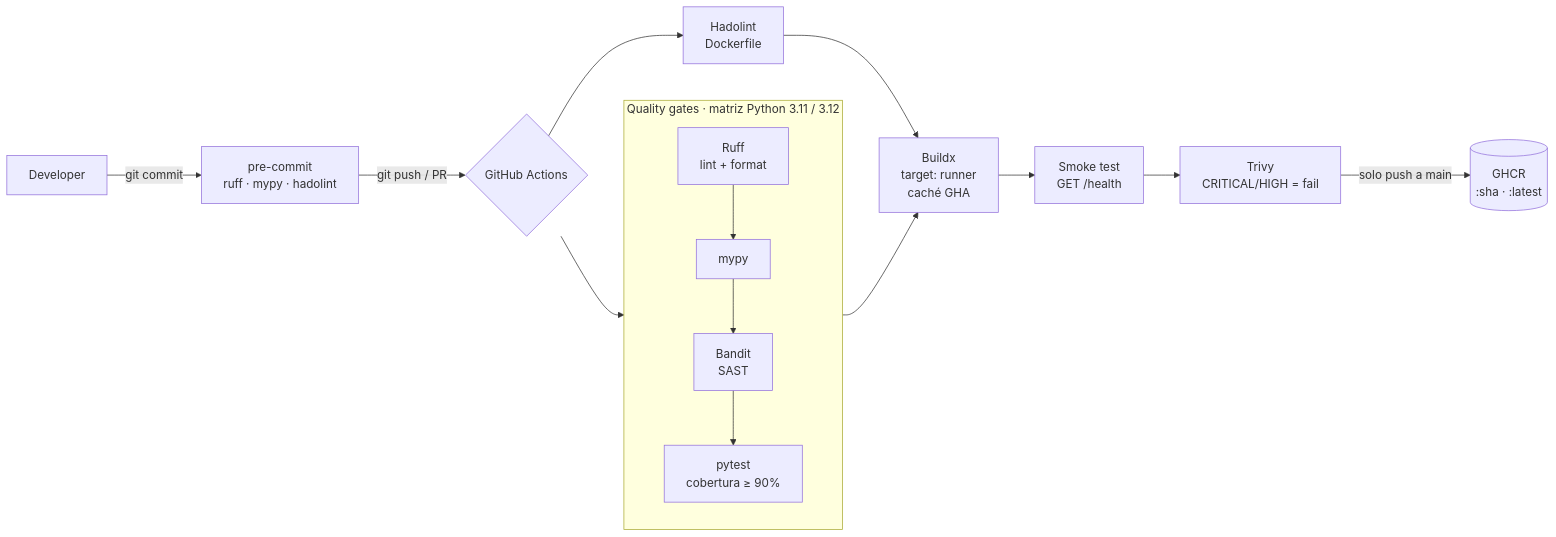
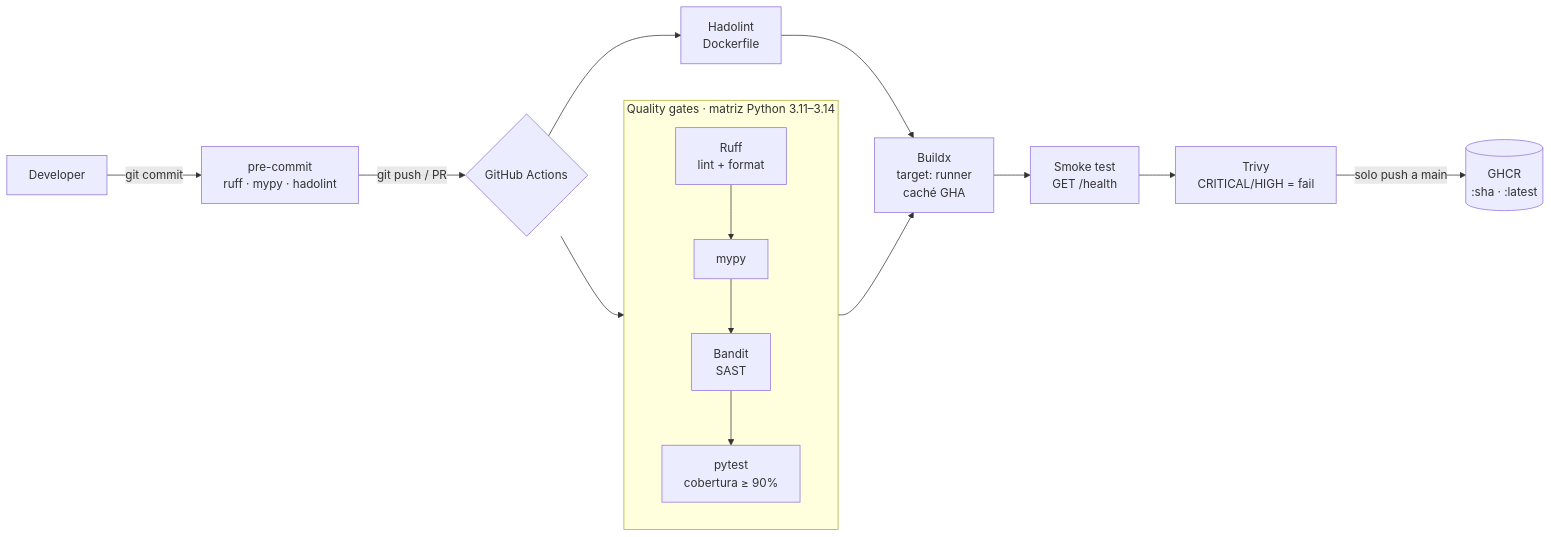
The first of 2 diagrams in README.es.md (DiegoTepichin/cicd-pipeline), drawn with Mermaid before and after one commit. The commit also changed other lines of this file and 2 other files, not shown here.

Commit message:
ci: test on Python 3.11 through 3.14
Backs the README's 'Python 3.11+' requirement with CI coverage.

````diff
--- a/README.es.md
+++ b/README.es.md
@@ -34,17 +34,17 @@
 ```mermaid
 flowchart LR
     dev[Developer] -->|git commit| hooks[pre-commit<br/>ruff · mypy · hadolint]
     hooks -->|git push / PR| gha{GitHub Actions}
 
-    subgraph QG[Quality gates · matriz Python 3.11 / 3.12]
+    subgraph QG[Quality gates · matriz Python 3.11–3.14]
         lint[Ruff<br/>lint + format] --> types[mypy] --> sast[Bandit<br/>SAST] --> tests[pytest<br/>cobertura ≥ 90%]
     end
     gha --> QG
     gha --> hl[Hadolint<br/>Dockerfile]
 
     QG --> build[Buildx<br/>target: runner<br/>caché GHA]
     hl --> build
     build --> smoke[Smoke test<br/>GET /health]
     smoke --> trivy[Trivy<br/>CRITICAL/HIGH = fail]
     trivy -->|solo push a main| ghcr[(GHCR<br/>:sha · :latest)]
 ```
````
